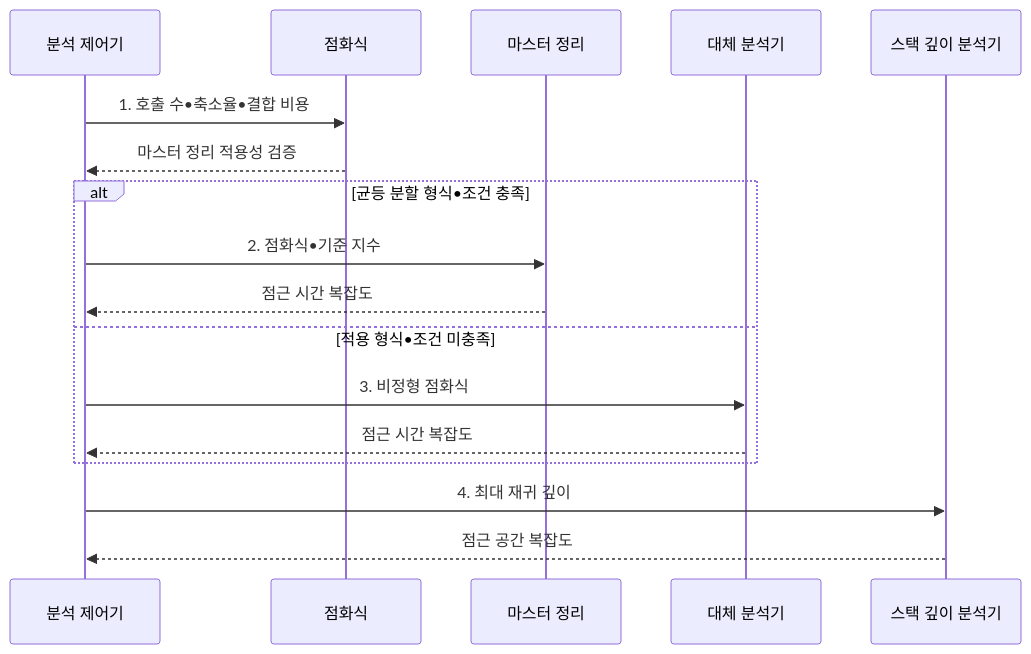
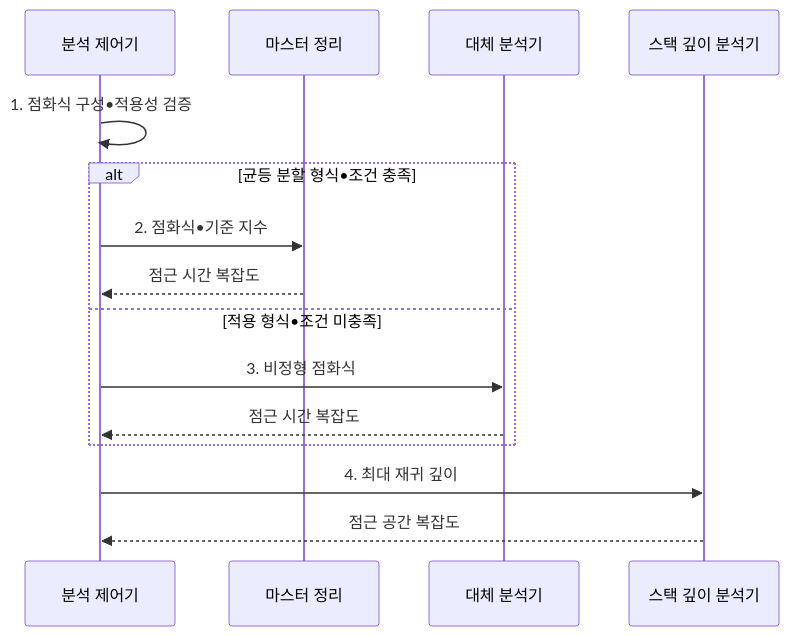
The second of 2 diagrams in src/content/docs/notes/01-basic-theory/058_recursive_algo_master.md (agnusdei1207/knowledge-base), drawn with Mermaid before and after one commit. The commit also changed other lines of this file and 3 other files, not shown here.

Commit message:
Streamline computation flow diagrams

````diff
--- a/src/content/docs/notes/01-basic-theory/058_recursive_algo_master.md
+++ b/src/content/docs/notes/01-basic-theory/058_recursive_algo_master.md
@@ -95,19 +95,17 @@
 ```mermaid
 sequenceDiagram
     participant C as 분석 제어기
-    participant R as 점화식
     participant M as 마스터 정리
     participant A as 대체 분석기
     participant S as 스택 깊이 분석기
-    C->>R: 1. 호출 수•축소율•결합 비용
-    R-->>C: 마스터 정리 적용성 검증
+    C->>C: 1. 점화식 구성•적용성 검증
     alt 균등 분할 형식•조건 충족
         C->>M: 2. 점화식•기준 지수
         M-->>C: 점근 시간 복잡도
     else 적용 형식•조건 미충족
         C->>A: 3. 비정형 점화식
         A-->>C: 점근 시간 복잡도
     end
     C->>S: 4. 최대 재귀 깊이
     S-->>C: 점근 공간 복잡도
 ```
````
